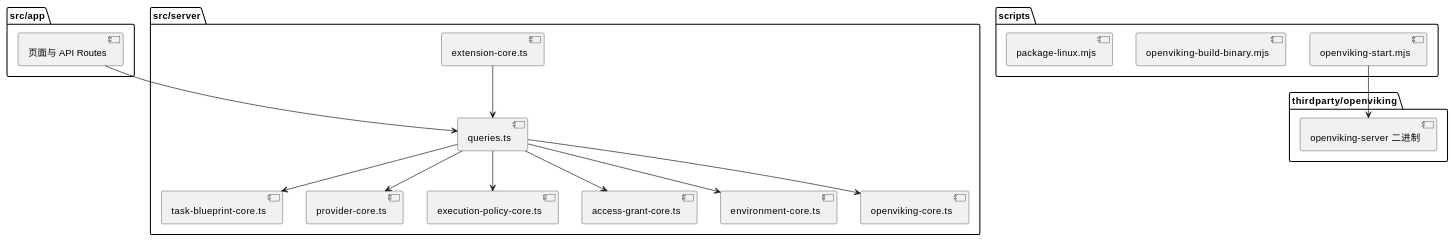
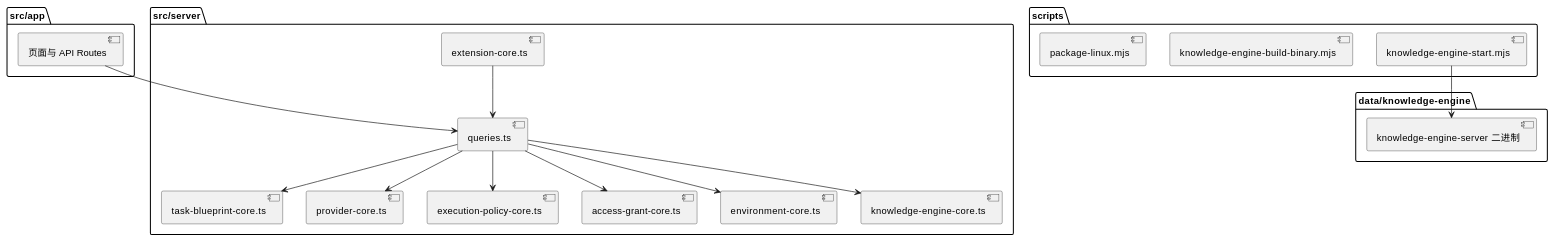
Before and after one commit to SimonMing47/agent-world: the third of 5 diagrams in docs/system-design.zh-CN.md, drawn with PlantUML. The commit also changed other lines of this file and 224 other files, not shown here.

Commit message:
Replace OpenViking with native knowledge engine

````diff
--- a/docs/system-design.zh-CN.md
+++ b/docs/system-design.zh-CN.md
@@ -90,35 +90,35 @@
 ```plantuml
 @startuml
 package "src/app" {
   [页面与 API Routes]
 }
 package "src/server" {
   [queries.ts]
   [task-blueprint-core.ts]
   [provider-core.ts]
   [execution-policy-core.ts]
   [access-grant-core.ts]
   [environment-core.ts]
-  [openviking-core.ts]
+  [knowledge-engine-core.ts]
   [extension-core.ts]
 }
 package "scripts" {
-  [openviking-start.mjs]
-  [openviking-build-binary.mjs]
+  [knowledge-engine-start.mjs]
+  [knowledge-engine-build-binary.mjs]
   [package-linux.mjs]
 }
-package "thirdparty/openviking" {
-  [openviking-server 二进制]
+package "data/knowledge-engine" {
+  [knowledge-engine-server 二进制]
 }
 
 [页面与 API Routes] --> [queries.ts]
 [queries.ts] --> [task-blueprint-core.ts]
 [queries.ts] --> [provider-core.ts]
 [queries.ts] --> [execution-policy-core.ts]
 [queries.ts] --> [access-grant-core.ts]
 [queries.ts] --> [environment-core.ts]
-[queries.ts] --> [openviking-core.ts]
+[queries.ts] --> [knowledge-engine-core.ts]
 [extension-core.ts] --> [queries.ts]
-[openviking-start.mjs] --> [openviking-server 二进制]
+[knowledge-engine-start.mjs] --> [knowledge-engine-server 二进制]
 @enduml
 ```
````
